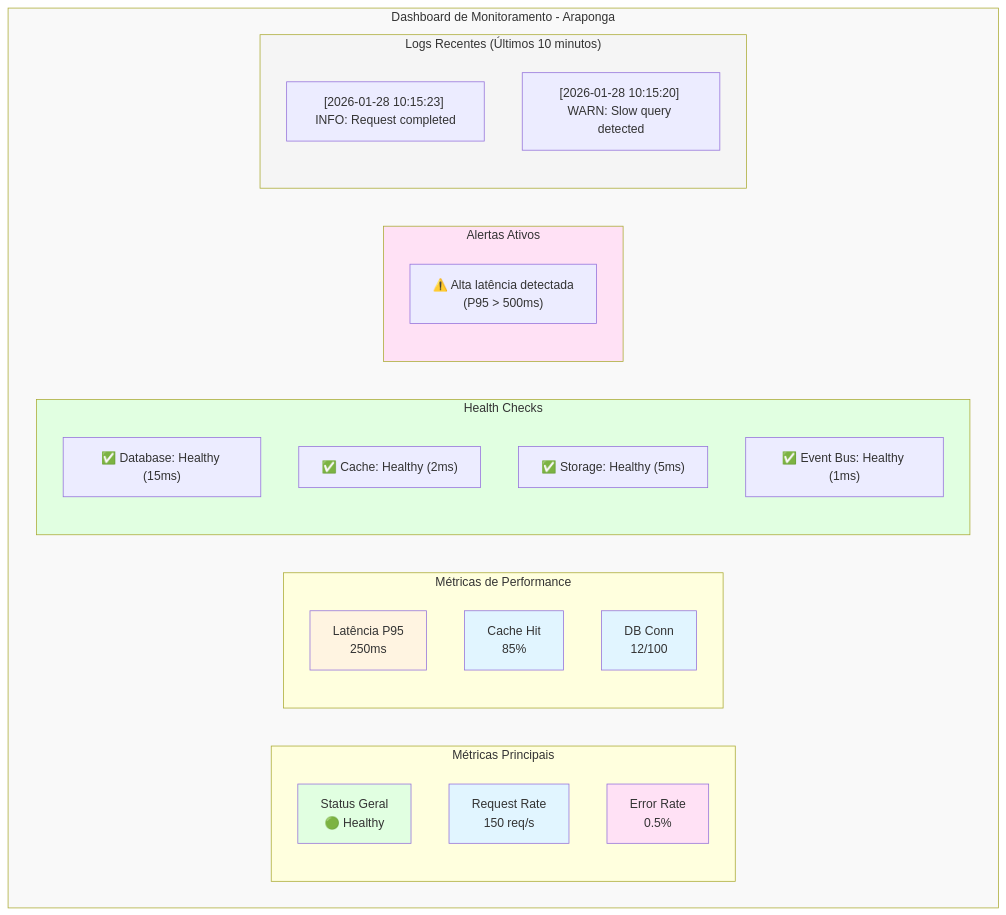
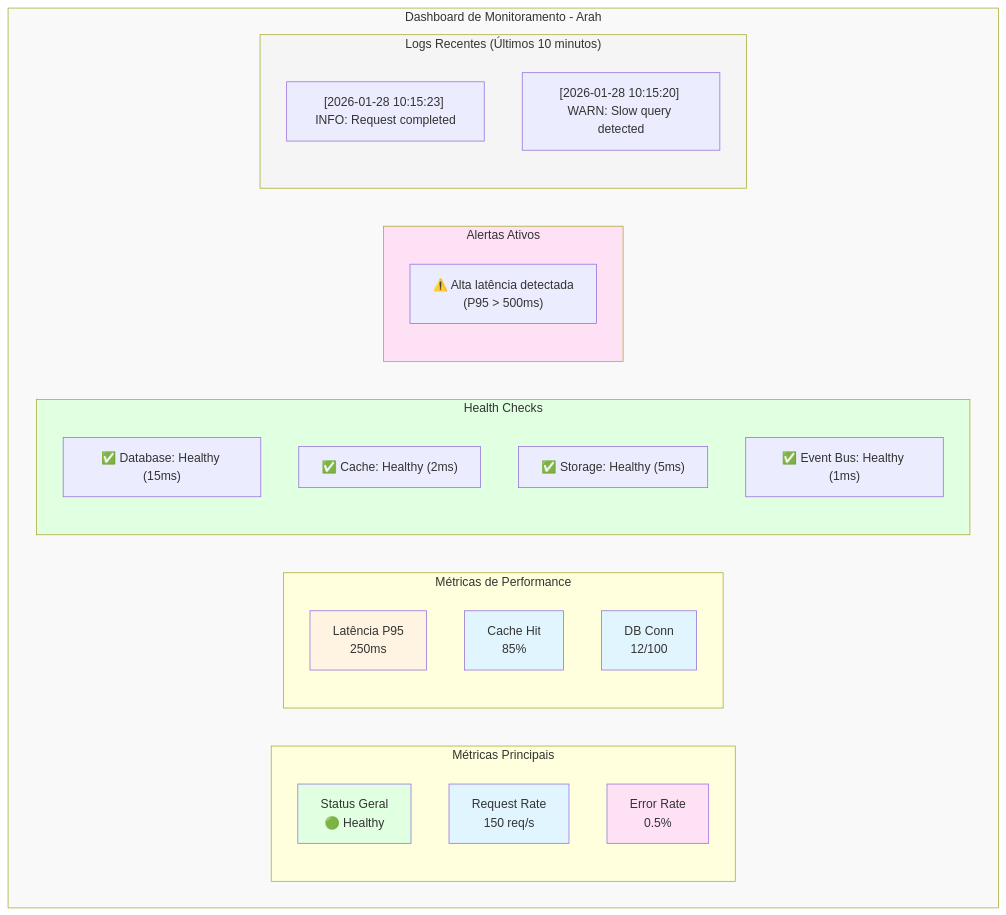
The fourth of 4 diagrams in docs/LOGS_MONITORAMENTO_ARQUITETURA.md (sraphaz/araponga), drawn with Mermaid before and after one commit. The commit also changed other lines of this file and 3488 other files, not shown here.

First line of the commit message:
chore: rebrand Araponga para Arah

````diff
--- a/docs/LOGS_MONITORAMENTO_ARQUITETURA.md
+++ b/docs/LOGS_MONITORAMENTO_ARQUITETURA.md
@@ -604,43 +604,43 @@
 ```mermaid
 graph TB
-    subgraph Dashboard["Dashboard de Monitoramento - Araponga"]
+    subgraph Dashboard["Dashboard de Monitoramento - Arah"]
         subgraph Row1["Métricas Principais"]
             Status["Status Geral<br/>🟢 Healthy"]
             RequestRate["Request Rate<br/>150 req/s"]
             ErrorRate["Error Rate<br/>0.5%"]
         end
         
         subgraph Row2["Métricas de Performance"]
             Latency["Latência P95<br/>250ms"]
             CacheHit["Cache Hit<br/>85%"]
             DBConn["DB Conn<br/>12/100"]
         end
         
         subgraph HealthChecksSection["Health Checks"]
             DBHealth["✅ Database: Healthy (15ms)"]
             CacheHealth["✅ Cache: Healthy (2ms)"]
             StorageHealth["✅ Storage: Healthy (5ms)"]
             EventBusHealth["✅ Event Bus: Healthy (1ms)"]
         end
         
         subgraph Alerts["Alertas Ativos"]
             Alert1["⚠️ Alta latência detectada<br/>(P95 > 500ms)"]
         end
         
         subgraph RecentLogs["Logs Recentes (Últimos 10 minutos)"]
             Log1["[2026-01-28 10:15:23] INFO: Request completed"]
             Log2["[2026-01-28 10:15:20] WARN: Slow query detected"]
         end
     end
     
     style Dashboard fill:#f9f9f9
     style Status fill:#e1ffe1
     style RequestRate fill:#e1f5ff
     style ErrorRate fill:#ffe1f5
     style Latency fill:#fff4e1
     style CacheHit fill:#e1f5ff
     style DBConn fill:#e1f5ff
     style HealthChecksSection fill:#e1ffe1
     style Alerts fill:#ffe1f5
     style RecentLogs fill:#f5f5f5
 ```
````
